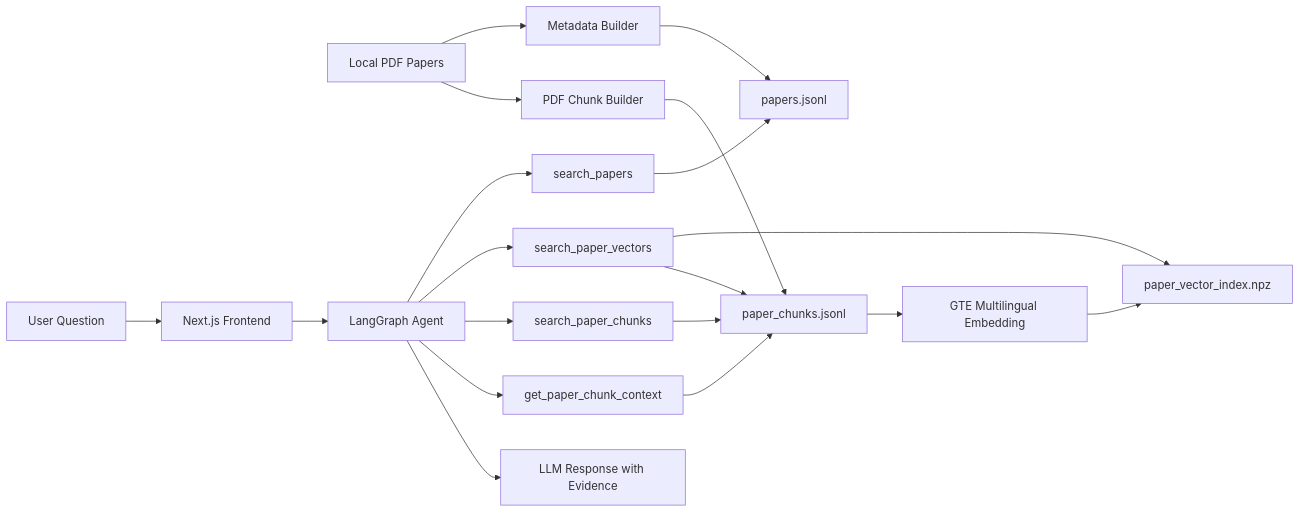
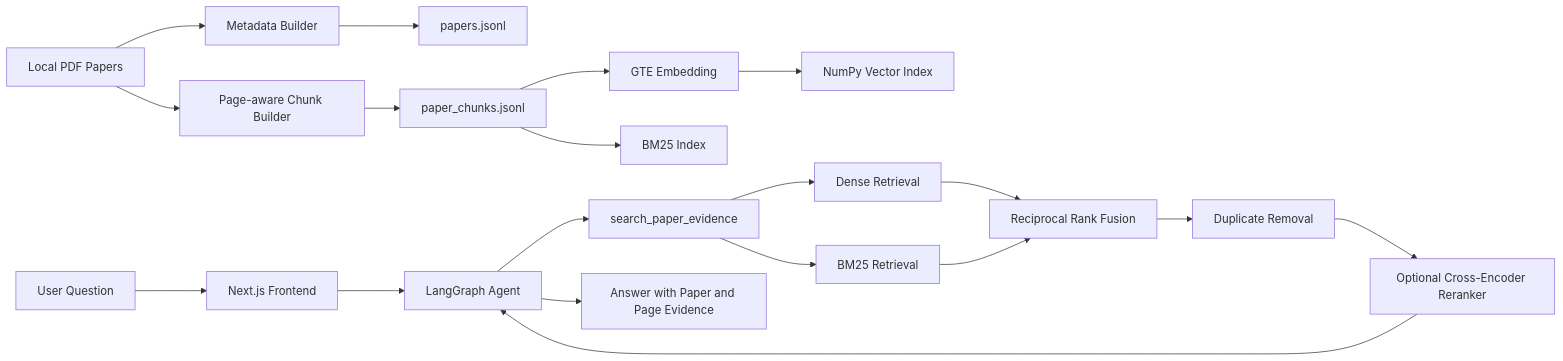
Before and after one commit to zhangyu2124/research-paper-agent: the diagram in README.md, drawn with Mermaid. The commit also changed other lines of this file and 15 other files, not shown here.

Commit message:
feat: add hybrid paper retrieval and reranking evaluation

````diff
--- a/README.md
+++ b/README.md
@@ -18,22 +18,22 @@
 ```mermaid
 flowchart LR
     A["Local PDF Papers"] --> B["Metadata Builder"]
-    A --> C["PDF Chunk Builder"]
+    A --> C["Page-aware Chunk Builder"]
     B --> D["papers.jsonl"]
     C --> E["paper_chunks.jsonl"]
-    E --> F["GTE Multilingual Embedding"]
-    F --> G["paper_vector_index.npz"]
+    E --> F["GTE Embedding"]
+    F --> G["NumPy Vector Index"]
+    E --> H["BM25 Index"]
 
-    H["User Question"] --> I["Next.js Frontend"]
-    I --> J["LangGraph Agent"]
-    J --> K["search_papers"]
-    J --> L["search_paper_vectors"]
-    J --> M["search_paper_chunks"]
-    J --> N["get_paper_chunk_context"]
-    K --> D
-    L --> G
-    L --> E
-    M --> E
-    N --> E
-    J --> O["LLM Response with Evidence"]
+    U["User Question"] --> FE["Next.js Frontend"]
+    FE --> AG["LangGraph Agent"]
+    AG --> T["search_paper_evidence"]
+    T --> DR["Dense Retrieval"]
+    T --> BR["BM25 Retrieval"]
+    DR --> RRF["Reciprocal Rank Fusion"]
+    BR --> RRF
+    RRF --> DD["Duplicate Removal"]
+    DD --> RR["Optional Cross-Encoder Reranker"]
+    RR --> AG
+    AG --> ANS["Answer with Paper and Page Evidence"]
 ```
````
